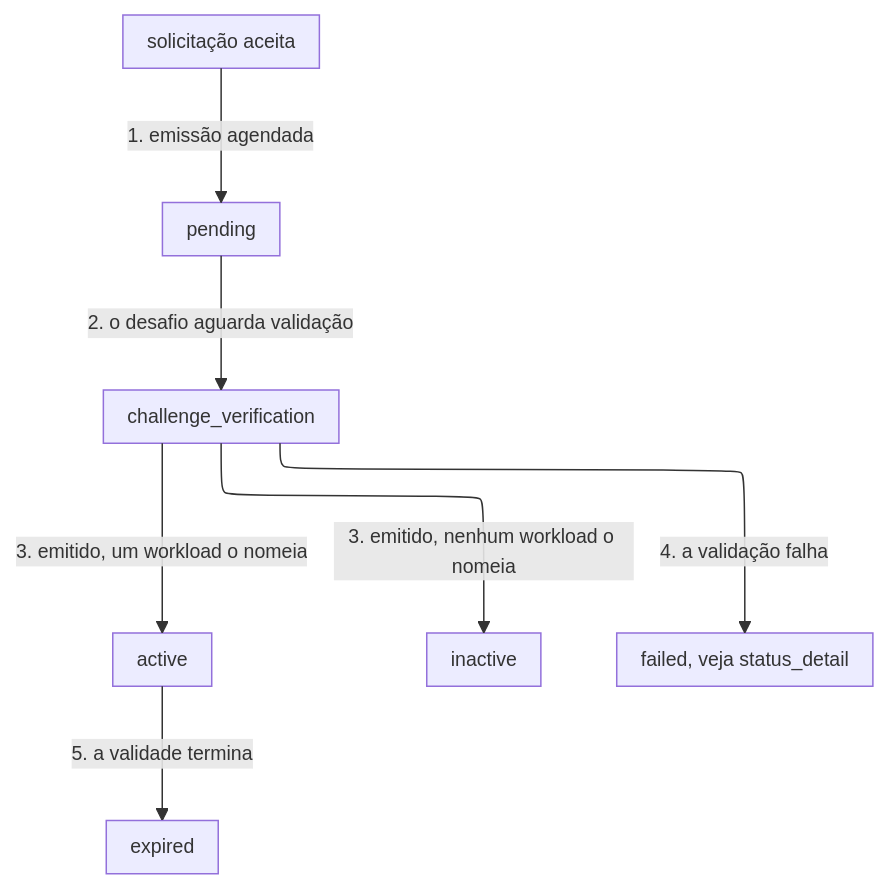
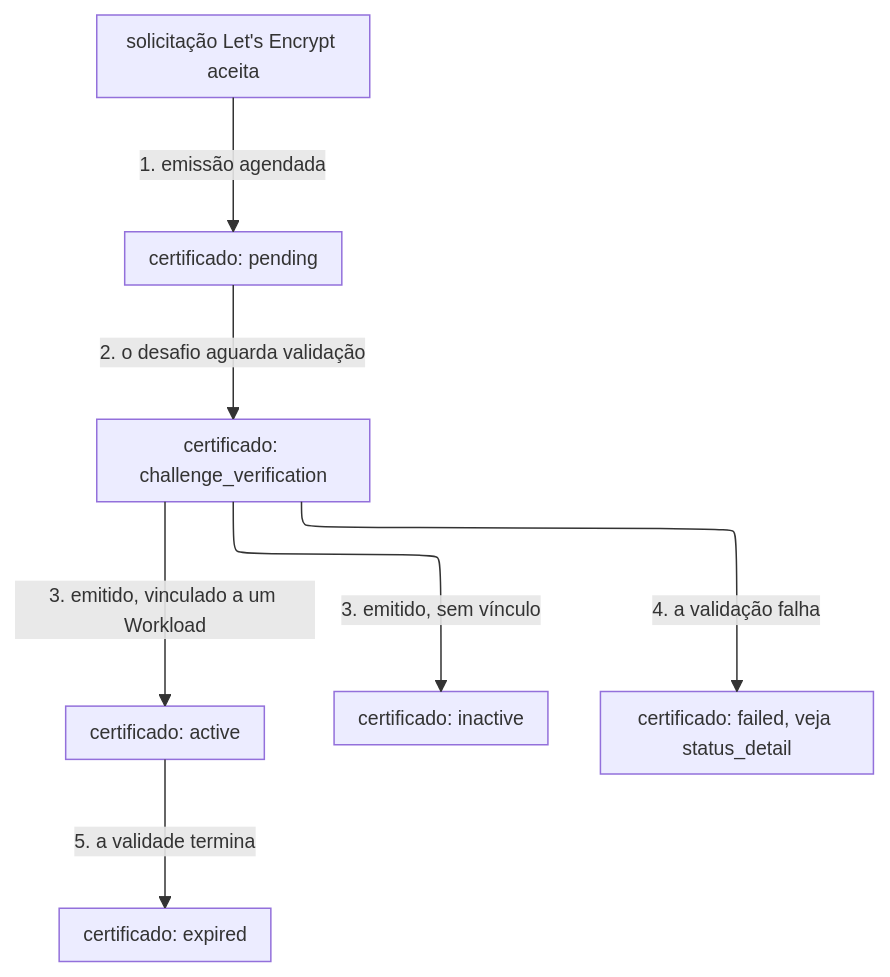
Before and after one commit to aziontech/docs: the second of 2 diagrams in apps/docs/src/content/docs/pt-br/pages/secure/certificate-manager/emissao-e-renovacao.mdx, drawn with Mermaid. The commit also changed other lines of this file and 5 other files, not shown here.

````diff
--- a/apps/docs/src/content/docs/pt-br/pages/secure/certificate-manager/emissao-e-renovacao.mdx
+++ b/apps/docs/src/content/docs/pt-br/pages/secure/certificate-manager/emissao-e-renovacao.mdx
@@ -108,17 +108,17 @@
 ```mermaid
 %%{init: {"layout": "elk", "elk": {"preset": "modelOrder", "keepEntryNodeOnTop": true}, "themeVariables": {"fontSize": "13px"}, "flowchart": {"nodeSpacing": 24, "rankSpacing": 36, "padding": 8, "wrappingWidth": 150, "useMaxWidth": true}, "sequence": {"width": 120, "actorMargin": 30, "useMaxWidth": true}}}%%
 flowchart TD
-  Req["solicitação aceita"]
-  Pending["pending"]
-  Challenge["challenge_verification"]
-  Active["active"]
-  Inactive["inactive"]
-  Failed["failed, veja status_detail"]
-  Expired["expired"]
+  Req["solicitação Let's Encrypt aceita"]
+  Pending["certificado: pending"]
+  Challenge["certificado: challenge_verification"]
+  Active["certificado: active"]
+  Inactive["certificado: inactive"]
+  Failed["certificado: failed, veja status_detail"]
+  Expired["certificado: expired"]
   Req -->|"1. emissão agendada"| Pending
   Pending -->|"2. o desafio aguarda validação"| Challenge
-  Challenge -->|"3. emitido, um workload o nomeia"| Active
-  Challenge -->|"3. emitido, nenhum workload o nomeia"| Inactive
+  Challenge -->|"3. emitido, vinculado a um Workload"| Active
+  Challenge -->|"3. emitido, sem vínculo"| Inactive
   Challenge -->|"4. a validação falha"| Failed
   Active -->|"5. a validade termina"| Expired
 ```
````
